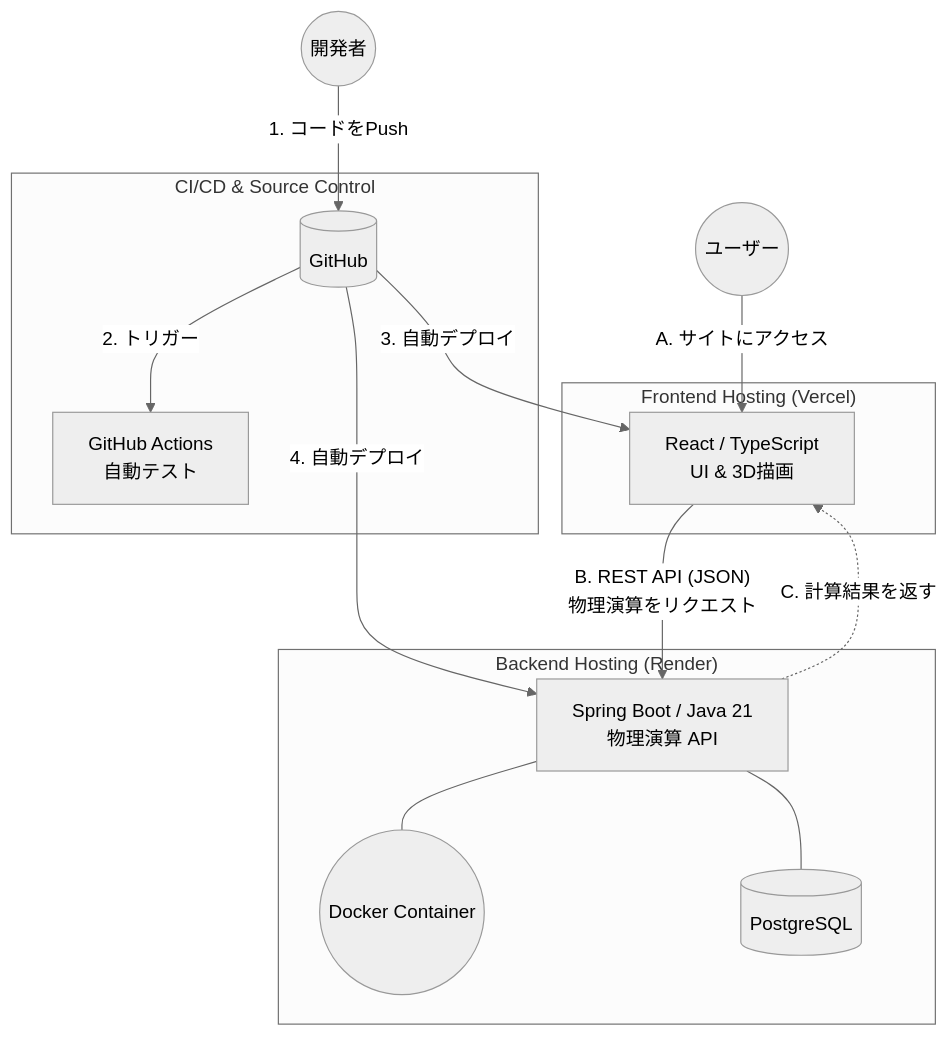
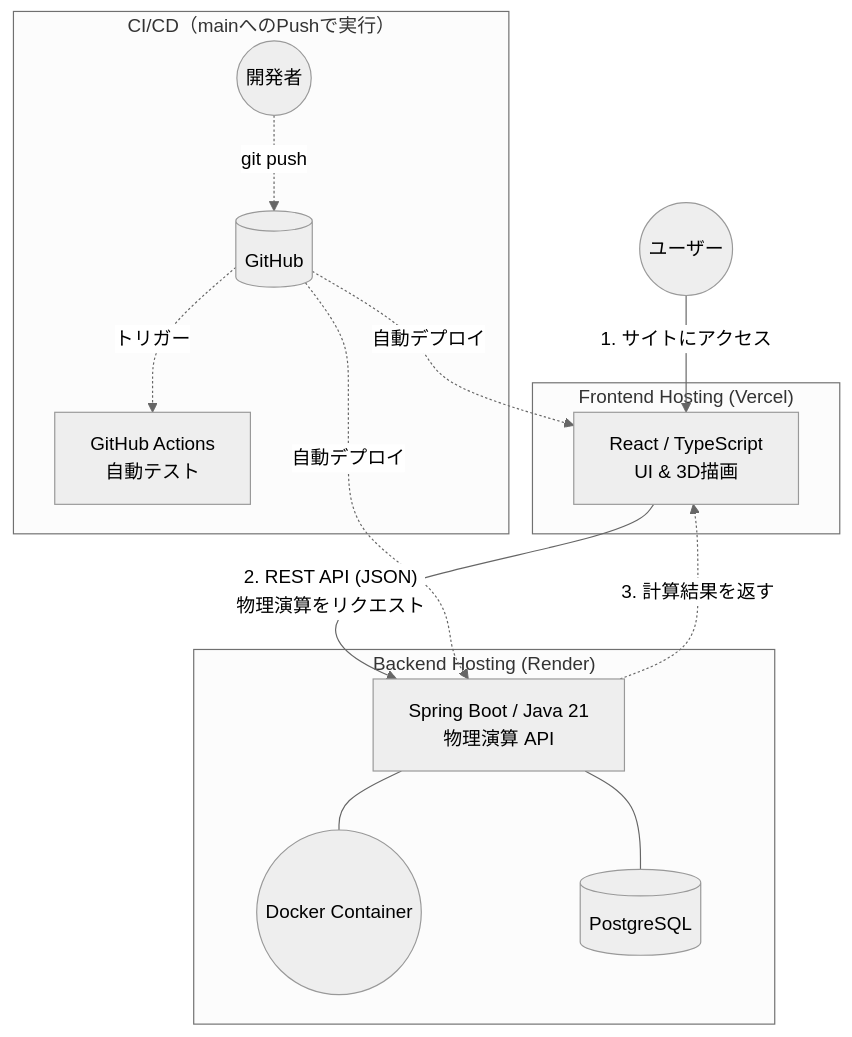
Before and after one commit to haku3782/darts-sim: the diagram in README.ja.md, drawn with Mermaid (neutral theme). The commit also changed 1 other file, not shown here.

Commit message:
システムアーキテクチャ図をランタイム視点優先の構成に変更
ユーザーリクエストフローを主軸（実線・番号付き）にし、CI/CDのPush/デプロイフローは従属的な点線サブグラフに整理

````diff
--- a/README.ja.md
+++ b/README.ja.md
@@ -50,31 +50,27 @@
 ```mermaid
 graph TD
-    Dev((開発者))
     User((ユーザー))
 
     subgraph "Frontend Hosting (Vercel)"
         React[React / TypeScript<br/>UI & 3D描画]
     end
 
     subgraph "Backend Hosting (Render)"
         Spring[Spring Boot / Java 21<br/>物理演算 API]
         Docker((Docker Container))
         DB[(PostgreSQL)]
         Spring --- Docker
         Spring --- DB
     end
 
-    subgraph "CI/CD & Source Control"
-        Repo[(GitHub)]
-        Actions[GitHub Actions<br/>自動テスト]
+    User -->|"1. サイトにアクセス"| React
+    React -->|"2. REST API (JSON)<br/>物理演算をリクエスト"| Spring
+    Spring -.->|"3. 計算結果を返す"| React
+
+    subgraph "CI/CD（mainへのPushで実行）"
+        Dev((開発者)) -.->|"git push"| Repo[(GitHub)]
+        Repo -.->|"トリガー"| Actions[GitHub Actions<br/>自動テスト]
+        Repo -.->|"自動デプロイ"| React
+        Repo -.->|"自動デプロイ"| Spring
     end
-
-    Dev -->|"1. コードをPush"| Repo
-    Repo -->|"2. トリガー"| Actions
-    Repo -->|"3. 自動デプロイ"| React
-    Repo -->|"4. 自動デプロイ"| Spring
-
-    User -->|"A. サイトにアクセス"| React
-    React -->|"B. REST API (JSON)<br/>物理演算をリクエスト"| Spring
-    Spring -.->|"C. 計算結果を返す"| React
 ```
````
